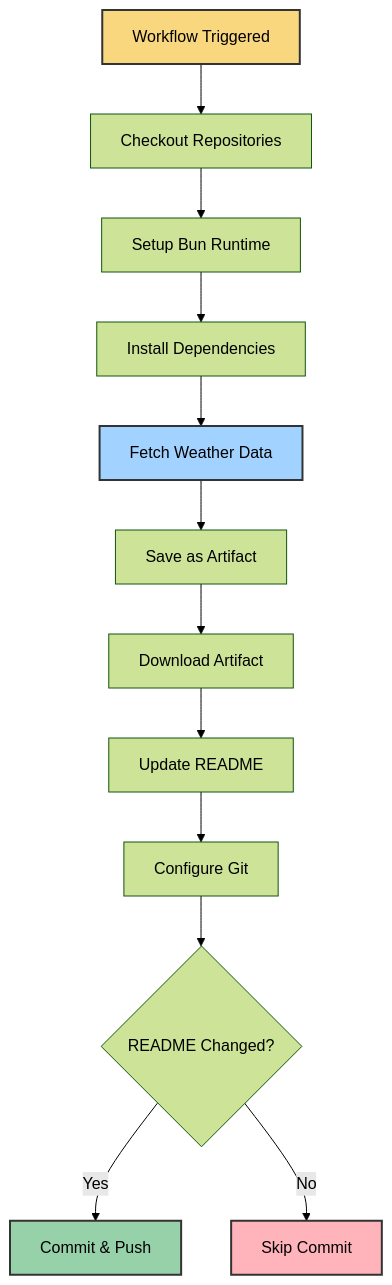
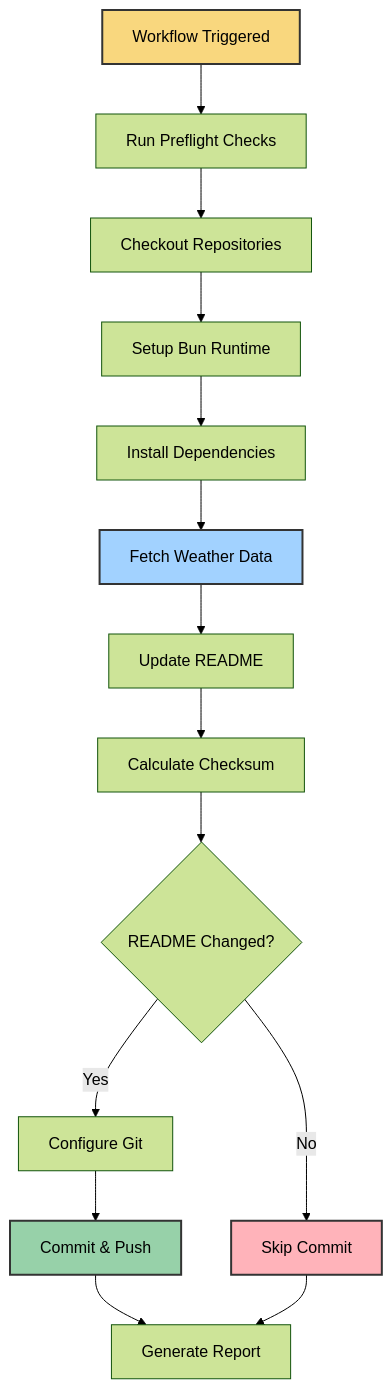
One commit to tashfiqul-islam/profile-weather-view changed the diagram in src/docs/deployment.md. Above: the diagram before and after it, drawn with Mermaid (forest theme). The commit also changed other lines of this file and 4 other files, not shown here.

````diff
--- a/src/docs/deployment.md
+++ b/src/docs/deployment.md
@@ -111,19 +134,21 @@
 ```mermaid
 flowchart TD
-    A[Workflow Triggered] --> B[Checkout Repositories]
-    B --> C[Setup Bun Runtime]
-    C --> D[Install Dependencies]
-    D --> E[Fetch Weather Data]
-    E --> F[Save as Artifact]
-    F --> G[Download Artifact]
-    G --> H[Update README]
-    H --> I[Configure Git]
-    I --> J{README Changed?}
-    J -->|Yes| K[Commit & Push]
-    J -->|No| L[Skip Commit]
+    A[Workflow Triggered] --> B[Run Preflight Checks]
+    B --> C[Checkout Repositories]
+    C --> D[Setup Bun Runtime]
+    D --> E[Install Dependencies]
+    E --> F[Fetch Weather Data]
+    F --> G[Update README]
+    G --> H[Calculate Checksum]
+    H --> I{README Changed?}
+    I -->|Yes| J[Configure Git]
+    J --> K[Commit & Push]
+    I -->|No| L[Skip Commit]
+    K --> M[Generate Report]
+    L --> M
 
     style A fill:#f9d77e,stroke:#333,stroke-width:2px
-    style E fill:#a2d2ff,stroke:#333,stroke-width:2px
+    style F fill:#a2d2ff,stroke:#333,stroke-width:2px
     style K fill:#97d1a9,stroke:#333,stroke-width:2px
     style L fill:#ffb3ba,stroke:#333,stroke-width:2px
 ```
````
